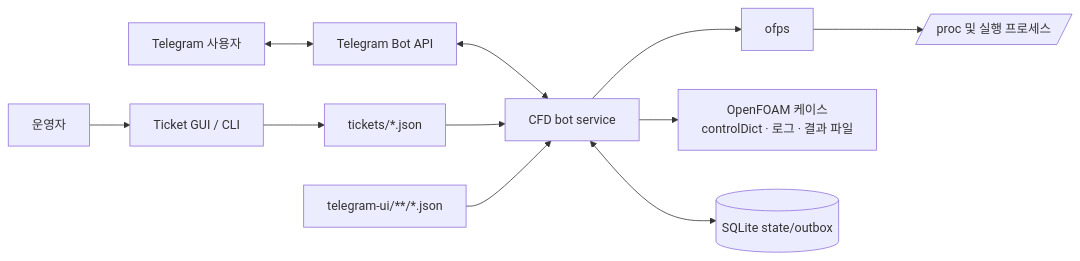
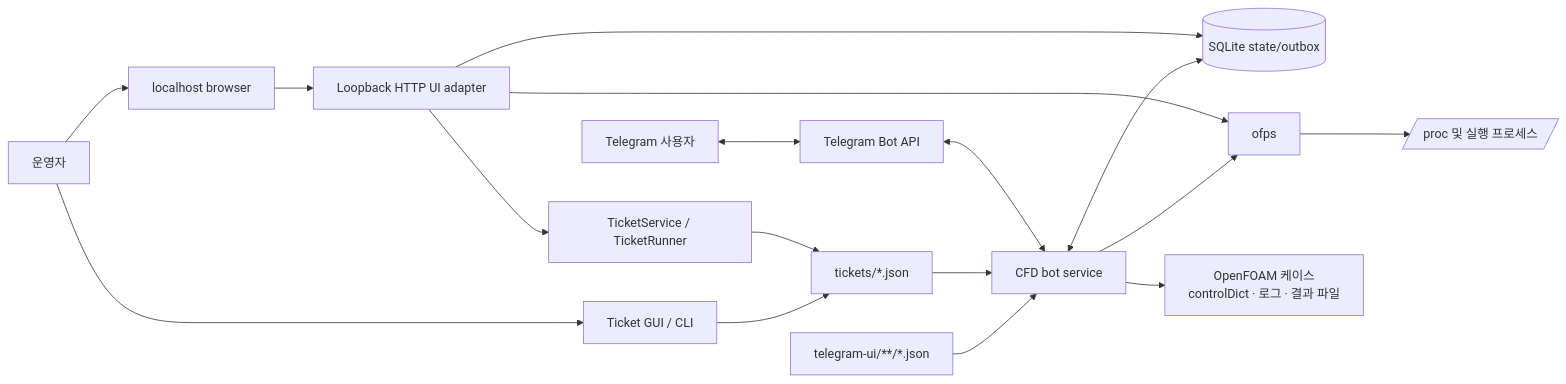
One commit to jo0n-lab/cfd-bot changed the second of 3 diagrams in docs/HLD.md. Above: the diagram before and after it, drawn with Mermaid. The commit also changed other lines of this file and 61 other files, not shown here.

````diff
--- a/docs/HLD.md
+++ b/docs/HLD.md
@@ -52,15 +69,21 @@
 ```mermaid
 flowchart LR
     USER[Telegram 사용자] <--> TG[Telegram Bot API]
     ADMIN[운영자] --> GUI[Ticket GUI / CLI]
+    ADMIN --> BROWSER[localhost browser]
+    BROWSER --> WEB[Loopback HTTP UI adapter]
+    WEB --> SHARED[TicketService / TicketRunner]
+    SHARED --> TICKETS
+    WEB --> DB
+    WEB --> OFPS
 
     TG <--> BOT[CFD bot service]
     GUI --> TICKETS[tickets/*.json]
     TICKETS --> BOT
     UI[telegram-ui/**/*.json] --> BOT
 
     BOT --> OFPS[ofps]
     OFPS --> PROC[/proc 및 실행 프로세스/]
     BOT --> CASE[OpenFOAM 케이스\ncontrolDict · 로그 · 결과 파일]
     BOT <--> DB[(SQLite state/outbox)]
 ```
````
